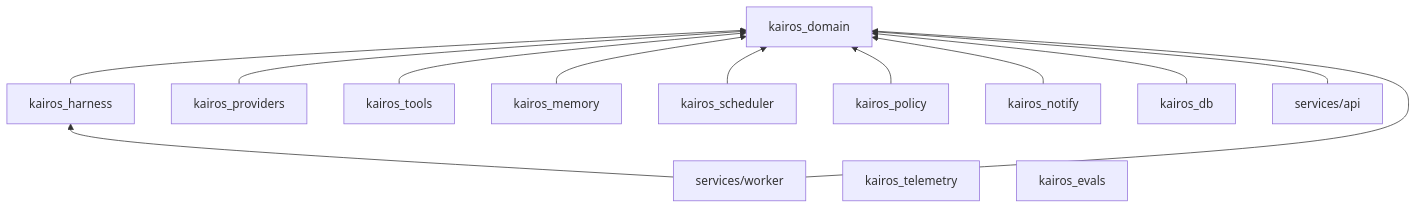
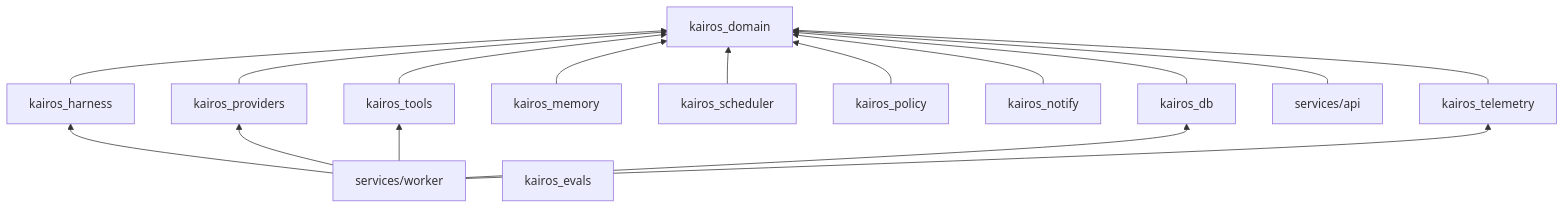
The second of 3 diagrams in docs/architecture.md (varunramakanth/kairos), drawn with Mermaid before and after one commit. The commit also changed other lines of this file and 9 other files, not shown here.

First line of the commit message:
feat(worker): add kairos CLI with run, enqueue, worker and migrate

````diff
--- a/docs/architecture.md
+++ b/docs/architecture.md
@@ -31,17 +31,20 @@
 ```mermaid
 flowchart BT
   domain[kairos_domain]
   harness[kairos_harness] --> domain
   providers[kairos_providers] --> domain
   tools[kairos_tools] --> domain
   memory[kairos_memory] --> domain
   scheduler[kairos_scheduler] --> domain
   policy[kairos_policy] --> domain
   notify[kairos_notify] --> domain
   db[kairos_db] --> domain
   api[services/api] --> domain
   worker[services/worker] --> harness
-  worker --> domain
-  telemetry[kairos_telemetry]
+  worker --> providers
+  worker --> tools
+  worker --> db
+  worker --> telemetry
+  telemetry[kairos_telemetry] --> domain
   evals[kairos_evals]
 ```
````
